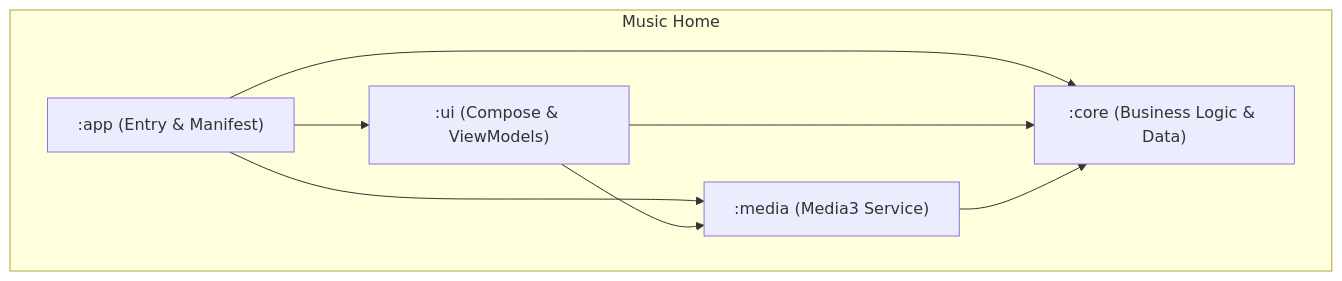
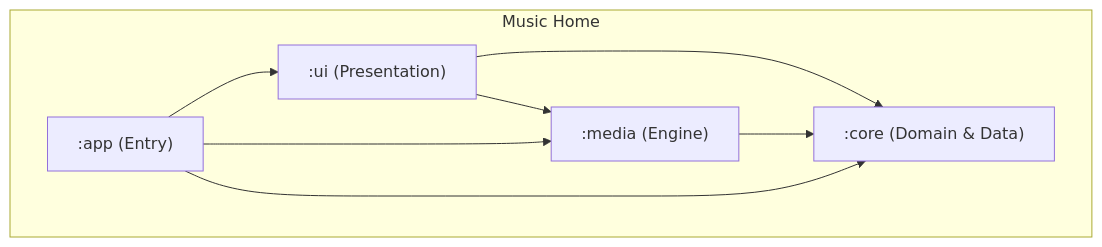
Before and after one commit to SleepyTurtle91/MusicHome: the diagram in README.md, drawn with Mermaid. The commit also changed other lines of this file and 17 other files, not shown here.

````diff
--- a/README.md
+++ b/README.md
@@ -71,16 +95,16 @@
 ```mermaid
 graph TD
     subgraph "Music Home"
-        app[":app (Entry & Manifest)"]
-        ui[":ui (Compose & ViewModels)"]
-        core[":core (Business Logic & Data)"]
-        media[":media (Media3 Service)"]
+        app[":app (Entry)"]
+        ui[":ui (Presentation)"]
+        media[":media (Engine)"]
+        core[":core (Domain & Data)"]
 
         app --> ui
+        app --> media
         app --> core
-        app --> media
+        ui --> core
         ui --> media
-        ui --> core
         media --> core
     end
 ```
````
